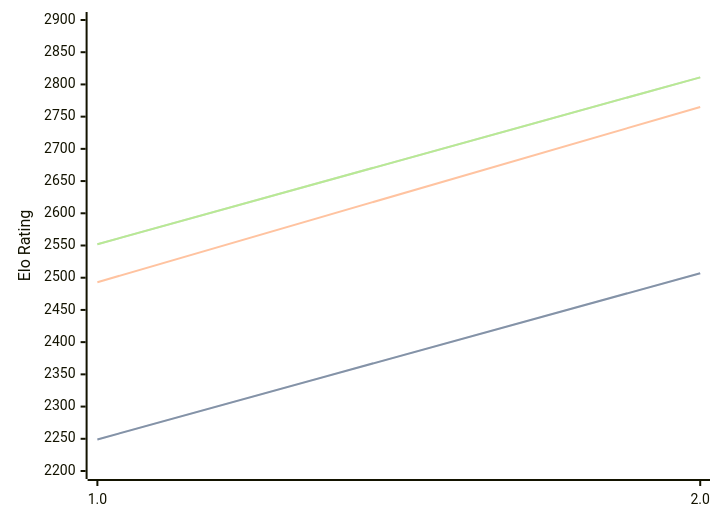
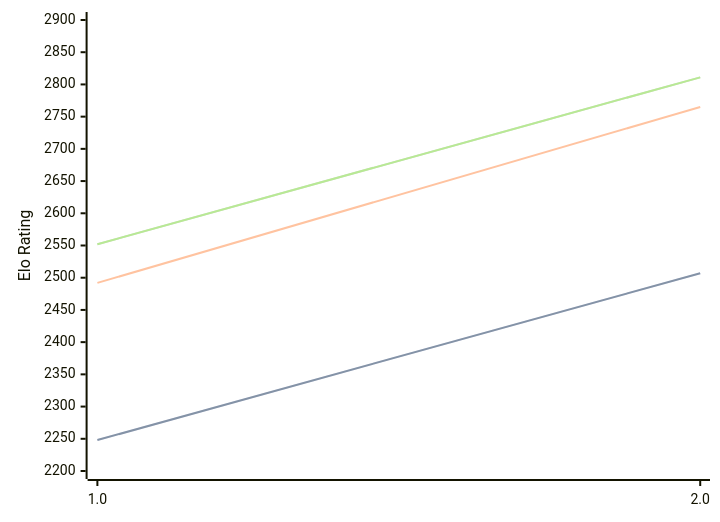
The third of 3 diagrams in engines/Revolver.md (computer-chess-index/cci), drawn with Mermaid before and after one commit. The commit also changed other lines of this file, not shown here.

````diff
--- a/engines/Revolver.md
+++ b/engines/Revolver.md
@@ -65,11 +65,11 @@
 ```mermaid
 %%{init: {"theme":"base","themeVariables":{"seriesColors:['#a3a3a3','#222221','#faa371']}}}%%
 xychart-beta
   x-axis ["1.0", "2.0"]
   y-axis "Elo Rating" 2200 --> 2900
-  line "STC (8.0+0.08s)" [2249, 2507]
-  line "STC (8.0+0.08s)" [2249, 2507]
-  line "LTC (60.0+0.60s)" [2493, 2765]
+  line "STC (8.0+0.08s)" [2248, 2507]
+  line "STC (8.0+0.08s)" [2248, 2507]
+  line "LTC (60.0+0.60s)" [2492, 2765]
   line "VLTC (2m24s+1.12s)" [2552, 2811]
   line "VLTC (2m24s+1.12s)" [2552, 2811]
 ```
````
